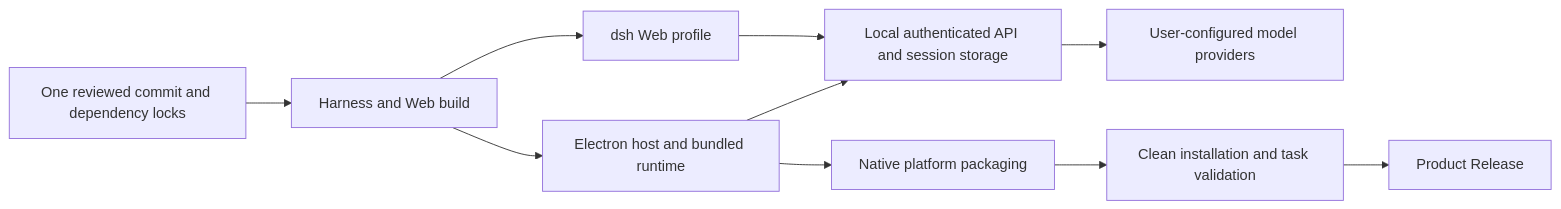
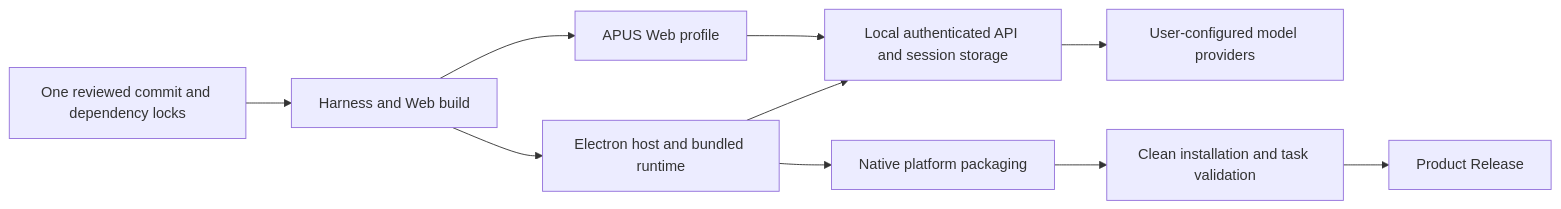
Before and after one commit to APUS-AI-Lab/APUS-Reflex-Agent: the diagram in docs/feat-integrated-product/design.md, drawn with Mermaid. The commit also changed other lines of this file and 242 other files, not shown here.

````diff
--- a/docs/feat-integrated-product/design.md
+++ b/docs/feat-integrated-product/design.md
@@ -15,12 +15,12 @@
 ```mermaid
 flowchart LR
   Source[One reviewed commit and dependency locks] --> Build[Harness and Web build]
   Build --> Desktop[Electron host and bundled runtime]
-  Build --> Web[dsh Web profile]
+  Build --> Web[APUS Web profile]
   Desktop --> Local[Local authenticated API and session storage]
   Web --> Local
   Local --> Models[User-configured model providers]
   Desktop --> Package[Native platform packaging]
   Package --> Verify[Clean installation and task validation]
   Verify --> Release[Product Release]
 ```
````
